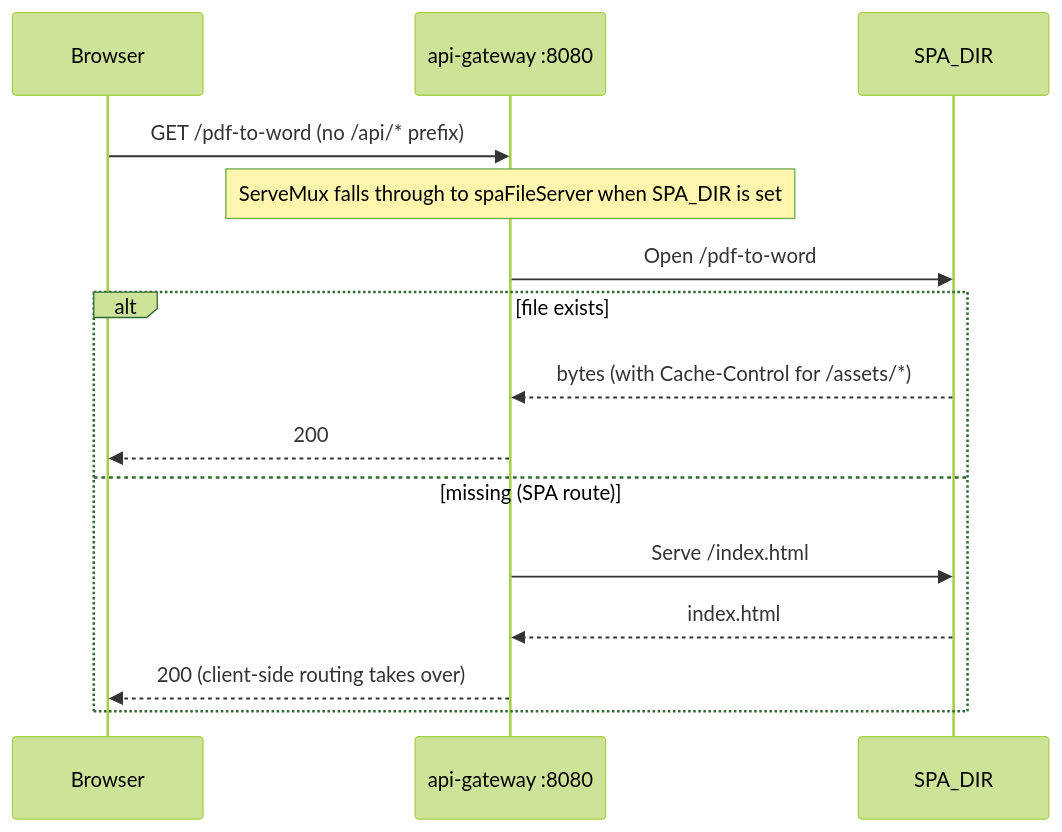
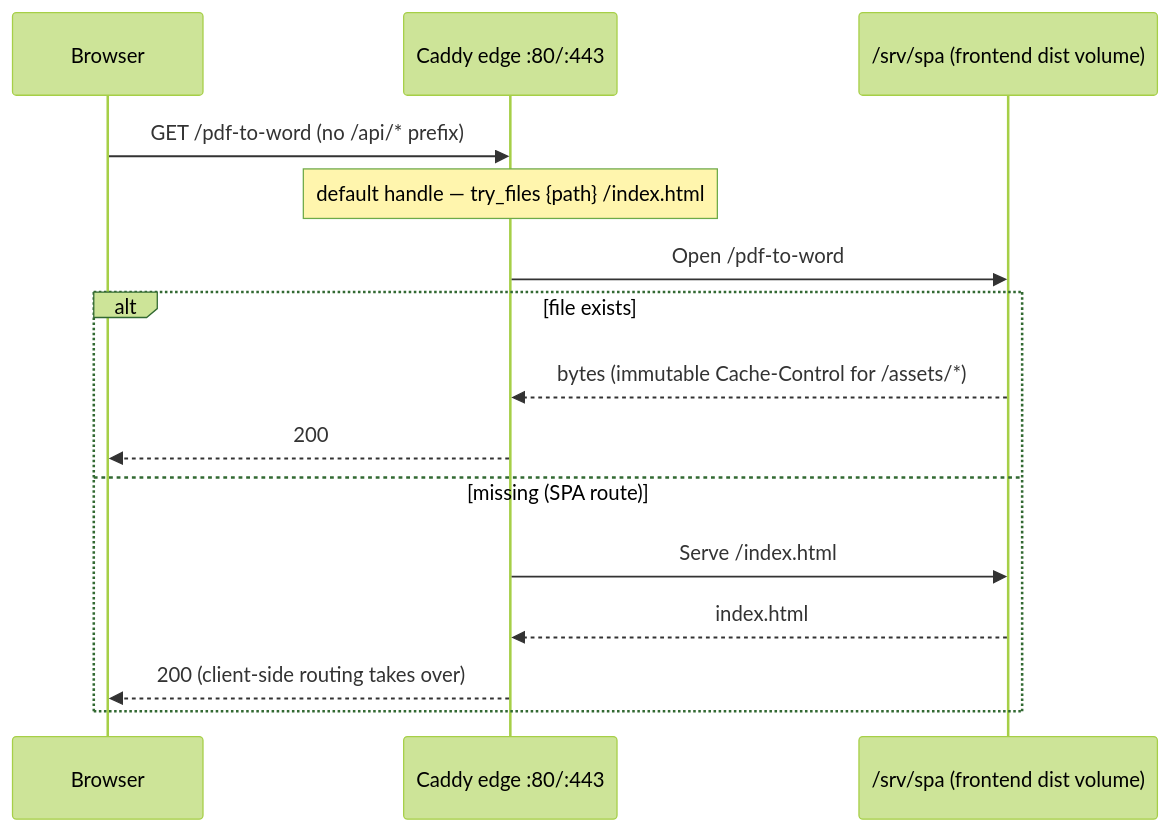
Before and after one commit to Prachidubey2003/fyredocs_backend: the seventh of 8 diagrams in docs/developer/mermaid/service-api-gateway-sequence.md, drawn with Mermaid (forest theme). The commit also changed other lines of this file and 130 other files, not shown here.

````diff
--- a/docs/developer/mermaid/service-api-gateway-sequence.md
+++ b/docs/developer/mermaid/service-api-gateway-sequence.md
@@ -135,18 +139,18 @@
 ```mermaid
 sequenceDiagram
     participant Browser
-    participant GW as api-gateway :8080
-    participant FS as SPA_DIR
+    participant CY as Caddy edge :80/:443
+    participant FS as /srv/spa (frontend dist volume)
 
-    Browser->>GW: GET /pdf-to-word (no /api/* prefix)
-    Note over GW: ServeMux falls through to spaFileServer when SPA_DIR is set
-    GW->>FS: Open /pdf-to-word
+    Browser->>CY: GET /pdf-to-word (no /api/* prefix)
+    Note over CY: default handle — try_files {path} /index.html
+    CY->>FS: Open /pdf-to-word
     alt file exists
-        FS-->>GW: bytes (with Cache-Control for /assets/*)
-        GW-->>Browser: 200
+        FS-->>CY: bytes (immutable Cache-Control for /assets/*)
+        CY-->>Browser: 200
     else missing (SPA route)
-        GW->>FS: Serve /index.html
-        FS-->>GW: index.html
-        GW-->>Browser: 200 (client-side routing takes over)
+        CY->>FS: Serve /index.html
+        FS-->>CY: index.html
+        CY-->>Browser: 200 (client-side routing takes over)
     end
 ```
````
